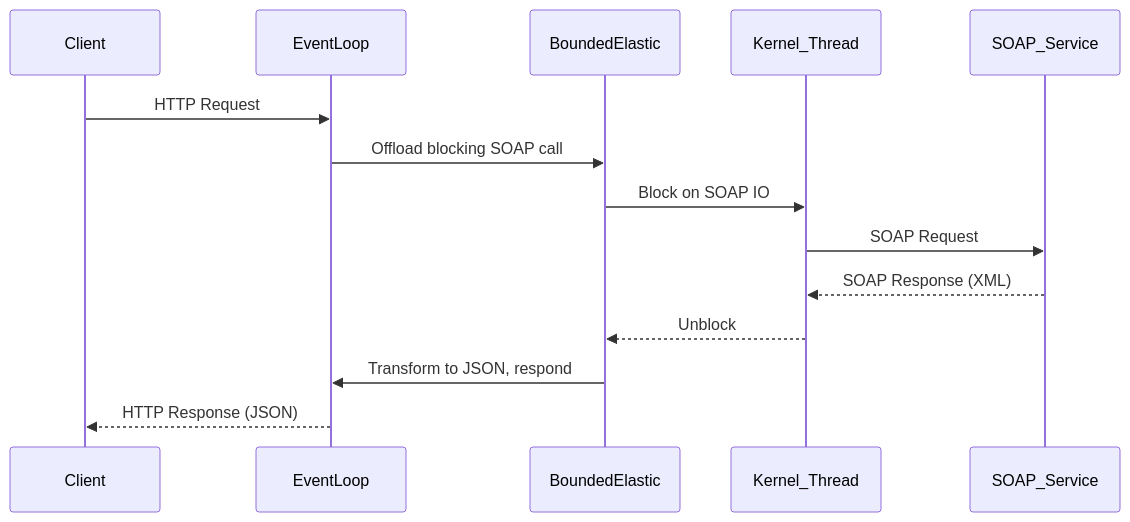
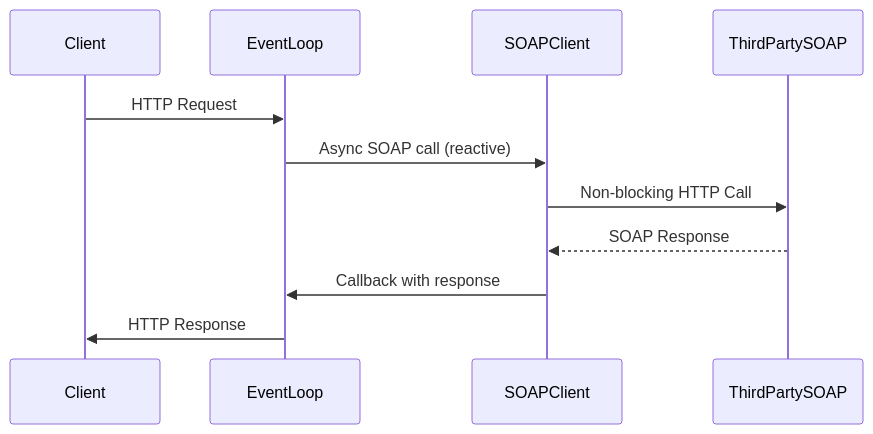
Before and after one commit to sonuprajapati15/Web-frameworks: the fourth of 7 diagrams in README.md, drawn with Mermaid. The commit also changed other lines of this file, not shown here.

````diff
--- a/README.md
+++ b/README.md
@@ -291,17 +356,14 @@
 ```mermaid
 sequenceDiagram
     participant Client
     participant EventLoop
-    participant BoundedElastic
-    participant Kernel_Thread
-    participant SOAP_Service
+    participant SOAPClient
+    participant ThirdPartySOAP
 
     Client->>EventLoop: HTTP Request
-    EventLoop->>BoundedElastic: Offload blocking SOAP call
-    BoundedElastic->>Kernel_Thread: Block on SOAP IO
-    Kernel_Thread->>SOAP_Service: SOAP Request
-    SOAP_Service-->>Kernel_Thread: SOAP Response (XML)
-    Kernel_Thread-->>BoundedElastic: Unblock
-    BoundedElastic->>EventLoop: Transform to JSON, respond
-    EventLoop-->>Client: HTTP Response (JSON)
+    EventLoop->>SOAPClient: Async SOAP call (reactive)
+    SOAPClient->>ThirdPartySOAP: Non-blocking HTTP Call
+    ThirdPartySOAP-->>SOAPClient: SOAP Response
+    SOAPClient->>EventLoop: Callback with response
+    EventLoop->>Client: HTTP Response
 ```
````
